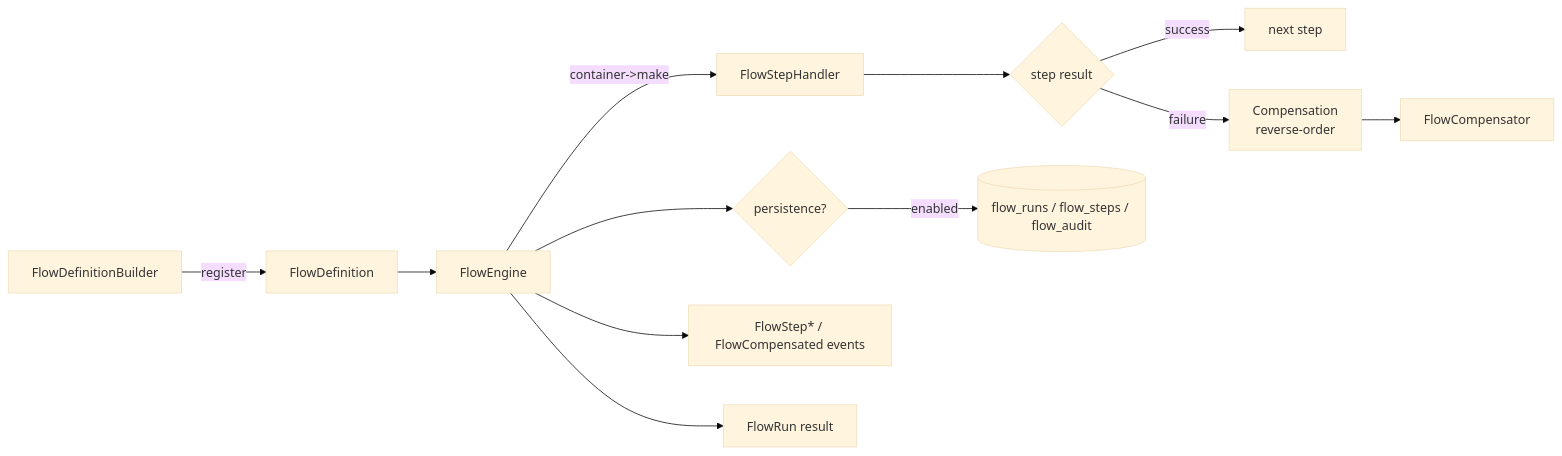
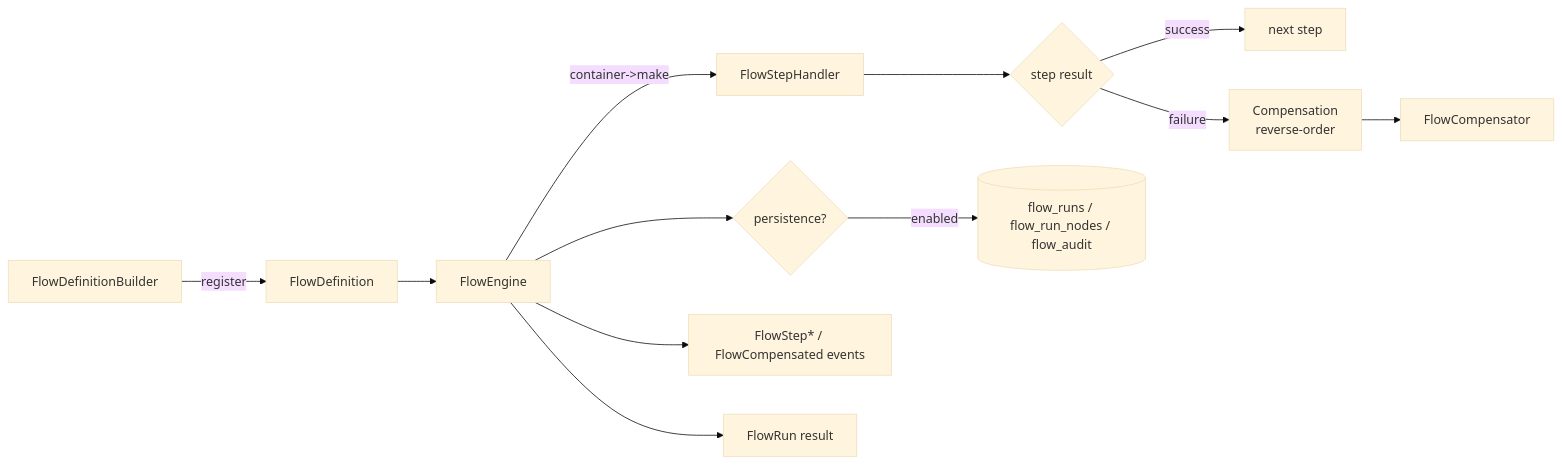
One commit to padosoft/laravel-flow changed the diagram in docs-site/docs/index.md. Above: the diagram before and after it, drawn with Mermaid (base theme). The commit also changed other lines of this file and 7 other files, not shown here.

````diff
--- a/docs-site/docs/index.md
+++ b/docs-site/docs/index.md
@@ -190,14 +190,14 @@
 ```mermaid
 flowchart LR
   B[FlowDefinitionBuilder] -->|register| D[FlowDefinition]
   D --> E[FlowEngine]
   E -->|container->make| H[FlowStepHandler]
   H --> R{step result}
   R -->|success| N[next step]
   R -->|failure| C[Compensation<br/>reverse-order]
   C --> K[FlowCompensator]
   E --> P{persistence?}
-  P -->|enabled| S[(flow_runs / flow_steps / flow_audit)]
+  P -->|enabled| S[(flow_runs / flow_run_nodes / flow_audit)]
   E --> A[FlowStep* / FlowCompensated events]
   E --> RUN[FlowRun result]
 ```
````
